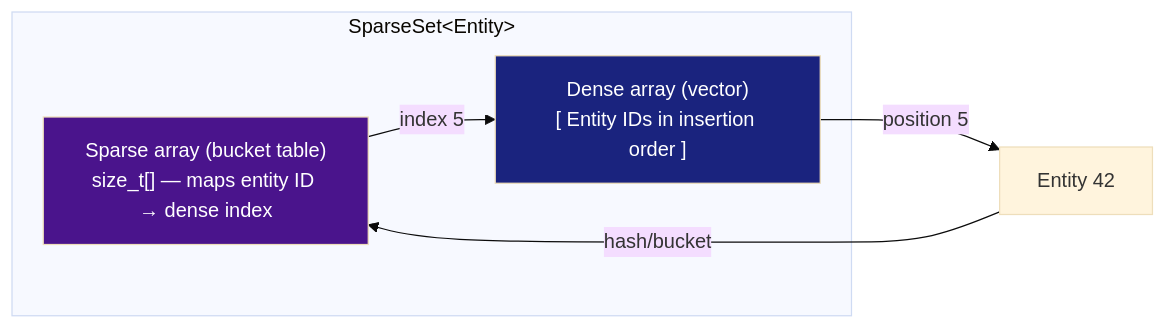
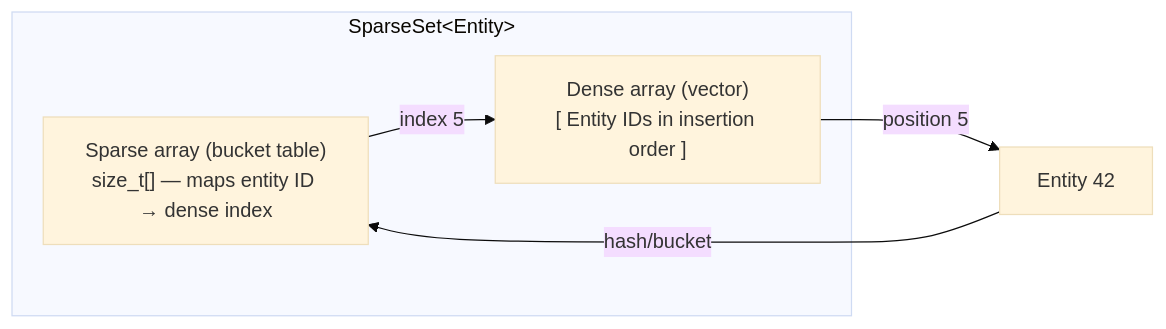
The second of 4 diagrams in docs/concepts/memory-layout.md (gilmar-sales/Freyr), drawn with Mermaid (base theme) before and after one commit. The commit also changed other lines of this file and 8 other files, not shown here.

Commit message:
docs(diagrams): remove mermaid diagram styling directives

````diff
--- a/docs/concepts/memory-layout.md
+++ b/docs/concepts/memory-layout.md
@@ -75,14 +73,12 @@
 ```mermaid
 graph LR
     subgraph SparseSet["SparseSet&lt;Entity&gt;"]
         SPARSE["Sparse array (bucket table)<br/>size_t[] — maps entity ID → dense index"]
         DENSE["Dense array (vector)<br/>[ Entity IDs in insertion order ]"]
     end
 
     E1["Entity 42"] -->|hash/bucket| SPARSE
     SPARSE -->|index 5| DENSE
     DENSE -->|position 5| E1
 
-    style SPARSE fill:#4A148C,color:#fff
-    style DENSE fill:#1A237E,color:#fff
 ```
````
